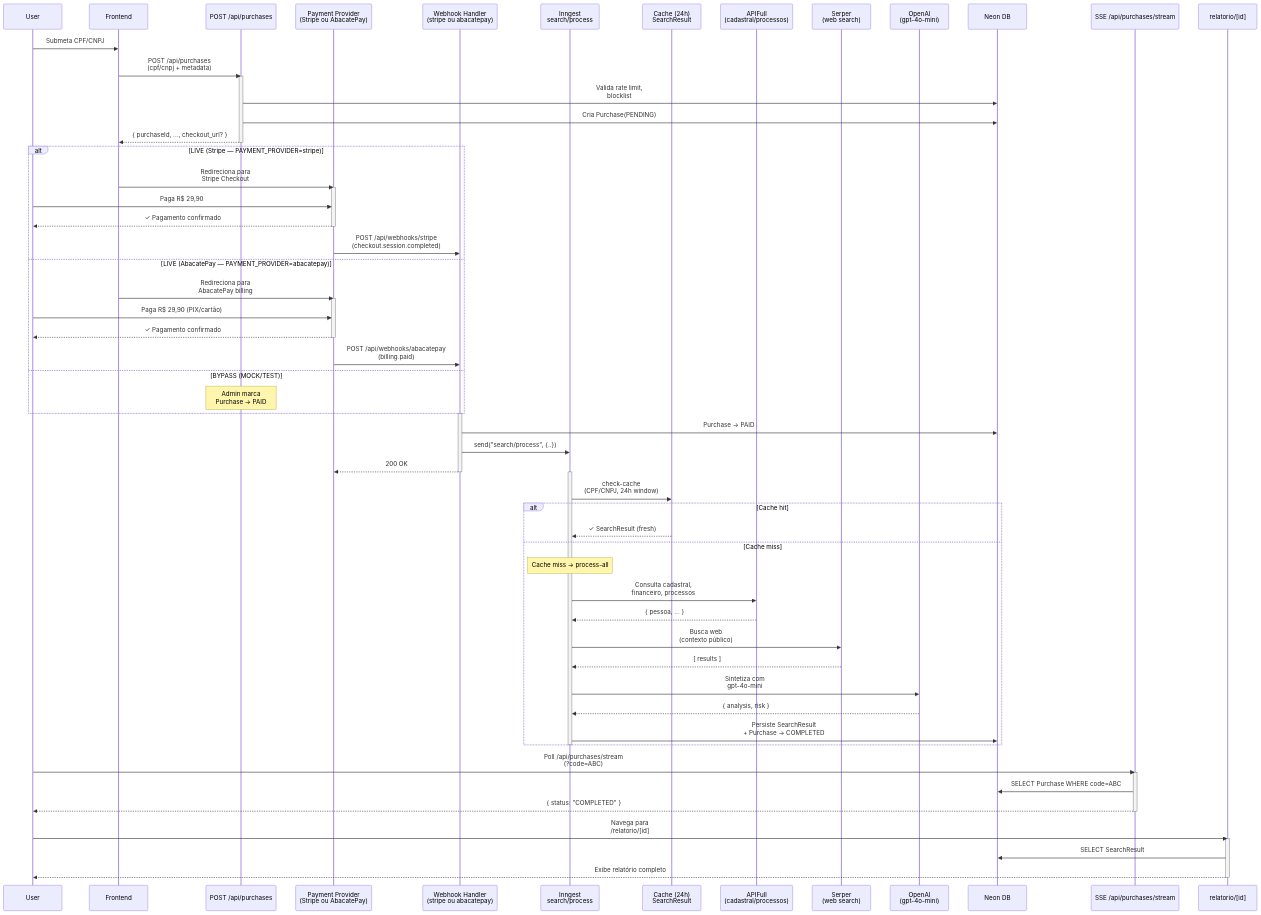
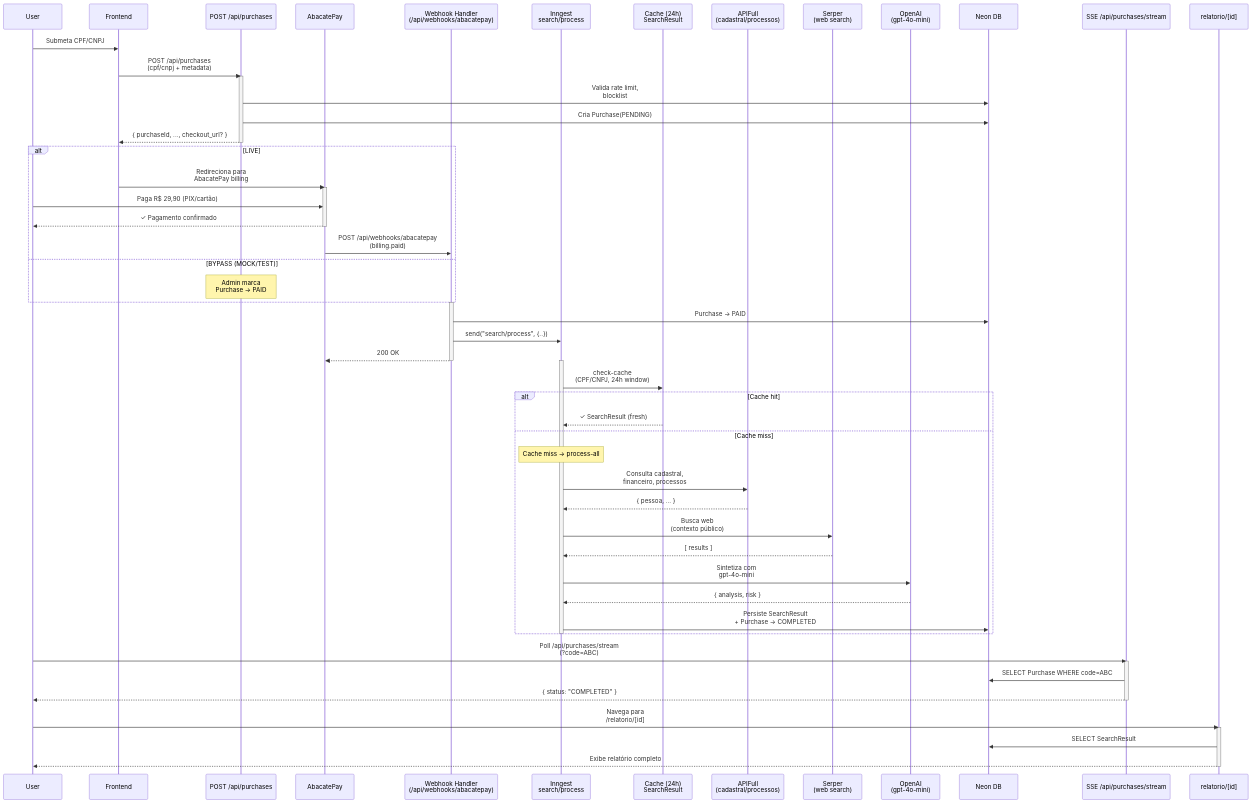
Before and after one commit to dvluana/eopix: the first of 3 diagrams in docs/architecture.md, drawn with Mermaid. The commit also changed other lines of this file and 4 other files, not shown here.

First line of the commit message:
docs: remove all Stripe references, AbacatePay is now the only payment provider

````diff
--- a/docs/architecture.md
+++ b/docs/architecture.md
@@ -29,76 +29,69 @@
 ```mermaid
 sequenceDiagram
     participant User as User
     participant Frontend as Frontend
     participant API as POST /api/purchases
-    participant Payment as Payment Provider<br/>(Stripe ou AbacatePay)
-    participant Webhook as Webhook Handler<br/>(stripe ou abacatepay)
+    participant Payment as AbacatePay
+    participant Webhook as Webhook Handler<br/>(/api/webhooks/abacatepay)
     participant Inngest as Inngest<br/>search/process
     participant Cache as Cache (24h)<br/>SearchResult
     participant APIFull as APIFull<br/>(cadastral/processos)
     participant Serper as Serper<br/>(web search)
     participant OpenAI as OpenAI<br/>(gpt-4o-mini)
     participant DB as Neon DB
     participant SSE as SSE /api/purchases/stream
     participant Relatorio as relatorio/[id]
 
     User->>Frontend: Submeta CPF/CNPJ
     Frontend->>API: POST /api/purchases<br/>(cpf/cnpj + metadata)
     activate API
     API->>DB: Valida rate limit,<br/>blocklist
     API->>DB: Cria Purchase(PENDING)
     API-->>Frontend: { purchaseId, ..., checkout_url? }
     deactivate API
 
-    alt LIVE (Stripe — PAYMENT_PROVIDER=stripe)
-        Frontend->>Payment: Redireciona para<br/>Stripe Checkout
-        activate Payment
-        User->>Payment: Paga R$ 29,90
-        Payment-->>User: ✓ Pagamento confirmado
-        deactivate Payment
-        Payment->>Webhook: POST /api/webhooks/stripe<br/>(checkout.session.completed)
-    else LIVE (AbacatePay — PAYMENT_PROVIDER=abacatepay)
+    alt LIVE
         Frontend->>Payment: Redireciona para<br/>AbacatePay billing
         activate Payment
         User->>Payment: Paga R$ 29,90 (PIX/cartão)
         Payment-->>User: ✓ Pagamento confirmado
         deactivate Payment
         Payment->>Webhook: POST /api/webhooks/abacatepay<br/>(billing.paid)
     else BYPASS (MOCK/TEST)
         note over API: Admin marca<br/>Purchase → PAID
     end
 
     activate Webhook
     Webhook->>DB: Purchase → PAID
     Webhook->>Inngest: send("search/process", {..})
     Webhook-->>Payment: 200 OK
     deactivate Webhook
 
     activate Inngest
     Inngest->>Cache: check-cache<br/>(CPF/CNPJ, 24h window)
     alt Cache hit
         Cache-->>Inngest: ✓ SearchResult (fresh)
     else Cache miss
         note over Inngest: Cache miss → process-all
         Inngest->>APIFull: Consulta cadastral,<br/>financeiro, processos
         APIFull-->>Inngest: { pessoa, ... }
         Inngest->>Serper: Busca web<br/>(contexto público)
         Serper-->>Inngest: [ results ]
         Inngest->>OpenAI: Sintetiza com<br/>gpt-4o-mini
         OpenAI-->>Inngest: { analysis, risk }
         Inngest->>DB: Persiste SearchResult<br/>+ Purchase → COMPLETED
     end
     deactivate Inngest
 
     User->>SSE: Poll /api/purchases/stream<br/>(?code=ABC)
     activate SSE
     SSE->>DB: SELECT Purchase WHERE code=ABC
     SSE-->>User: { status: "COMPLETED" }
     deactivate SSE
 
     User->>Relatorio: Navega para<br/>/relatorio/[id]
     activate Relatorio
     Relatorio->>DB: SELECT SearchResult
     Relatorio-->>User: Exibe relatório completo
     deactivate Relatorio
 ```
````
